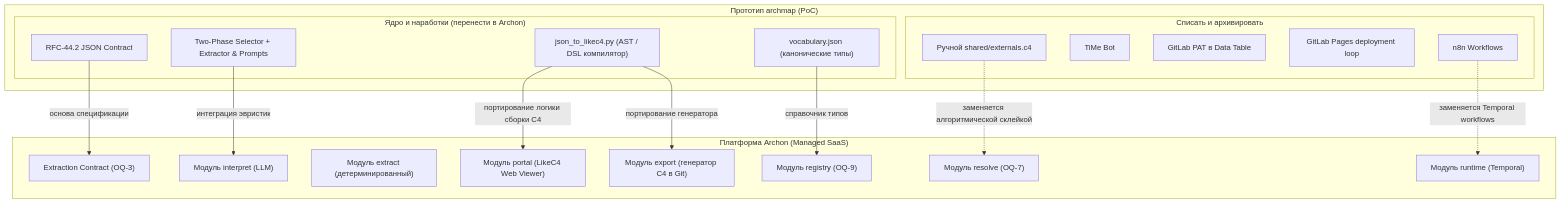
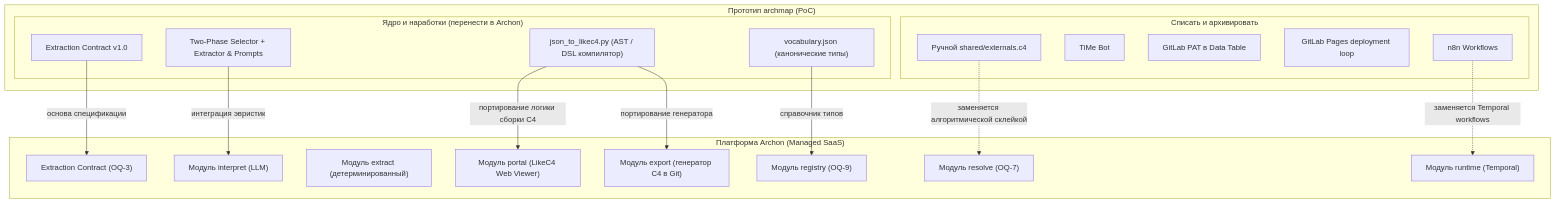
The diagram in docs/adr/0002-archmap-fate.md (teamv39/archon), drawn with Mermaid before and after one commit. The commit also changed other lines of this file and 9 other files, not shown here.

Commit message:
Architecture: purge RFC-44.2 legacy and standardize on Archon Extraction Contract v1.0

````diff
--- a/docs/adr/0002-archmap-fate.md
+++ b/docs/adr/0002-archmap-fate.md
@@ -36,37 +36,37 @@
 ```mermaid
 flowchart TD
     subgraph ARCHMAP ["Прототип archmap (PoC)"]
         subgraph DISCARD ["Списать и архивировать"]
             n8n["n8n Workflows"]
             timebot["TiMe Bot"]
             pattable["GitLab PAT в Data Table"]
             glpages["GitLab Pages deployment loop"]
             manual_ext["Ручной shared/externals.c4"]
         end
         subgraph KEEP ["Ядро и наработки (перенести в Archon)"]
-            contract["RFC-44.2 JSON Contract"]
+            contract["Extraction Contract v1.0"]
             prompts["Two-Phase Selector + Extractor & Prompts"]
             compiler["json_to_likec4.py (AST / DSL компилятор)"]
             vocab["vocabulary.json (канонические типы)"]
         end
     end
 
     subgraph ARCHON ["Платформа Archon (Managed SaaS)"]
         OQ3["Extraction Contract (OQ-3)"]
         INTERPRET["Модуль interpret (LLM)"]
         EXTRACT["Модуль extract (детерминированный)"]
         PORTAL["Модуль portal (LikeC4 Web Viewer)"]
         EXPORT["Модуль export (генератор C4 в Git)"]
         REGISTRY["Модуль registry (OQ-9)"]
         RESOLVE["Модуль resolve (OQ-7)"]
         RUNTIME["Модуль runtime (Temporal)"]
     end
 
     contract -->|"основа спецификации"| OQ3
     prompts -->|"интеграция эвристик"| INTERPRET
     compiler -->|"портирование логики сборки C4"| PORTAL
     compiler -->|"портирование генератора"| EXPORT
     vocab -->|"справочник типов"| REGISTRY
     manual_ext -.->|"заменяется алгоритмической склейкой"| RESOLVE
     n8n -.->|"заменяется Temporal workflows"| RUNTIME
 ```
````
